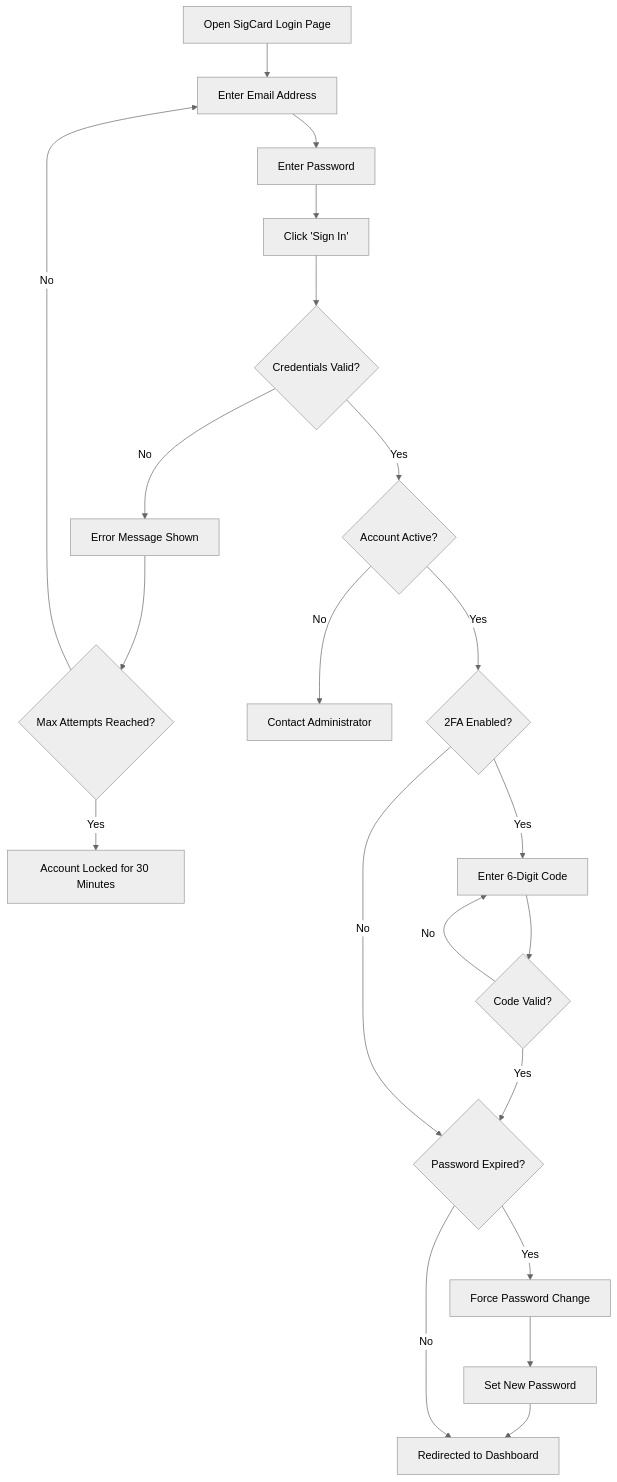
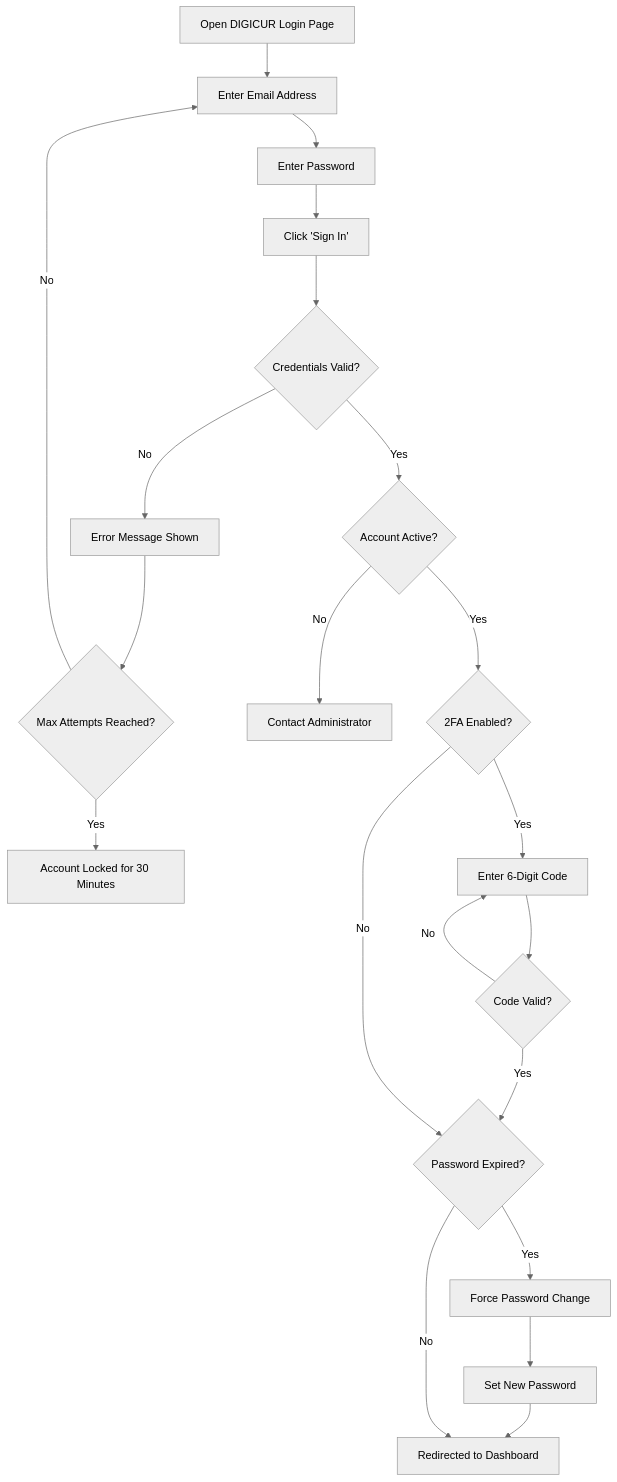
Before and after one commit to misrbt/sigcard-system: the first of 11 diagrams in documentation/SIGCARD_SYSTEM_MANUAL.md, drawn with Mermaid (neutral theme). The commit also changed other lines of this file and 97 other files, not shown here.

````diff
--- a/documentation/SIGCARD_SYSTEM_MANUAL.md
+++ b/documentation/SIGCARD_SYSTEM_MANUAL.md
@@ -156,23 +157,23 @@
 ```mermaid
 flowchart TD
-    A[Open SigCard Login Page] --> B[Enter Email Address]
+    A[Open DIGICUR Login Page] --> B[Enter Email Address]
     B --> C[Enter Password]
     C --> D[Click 'Sign In']
     D --> E{Credentials Valid?}
     E -->|No| F[Error Message Shown]
     F --> G{Max Attempts Reached?}
     G -->|No| B
     G -->|Yes| H[Account Locked for 30 Minutes]
     E -->|Yes| I{Account Active?}
     I -->|No| J[Contact Administrator]
     I -->|Yes| K{2FA Enabled?}
     K -->|Yes| L[Enter 6-Digit Code]
     L --> M{Code Valid?}
     M -->|No| L
     M -->|Yes| N{Password Expired?}
     K -->|No| N
     N -->|Yes| O[Force Password Change]
     O --> P[Set New Password]
     P --> Q[Redirected to Dashboard]
     N -->|No| Q
 ```
````
